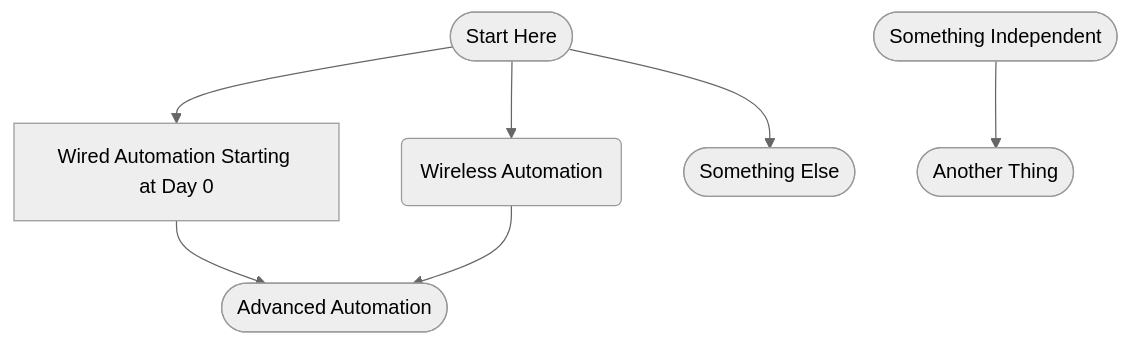
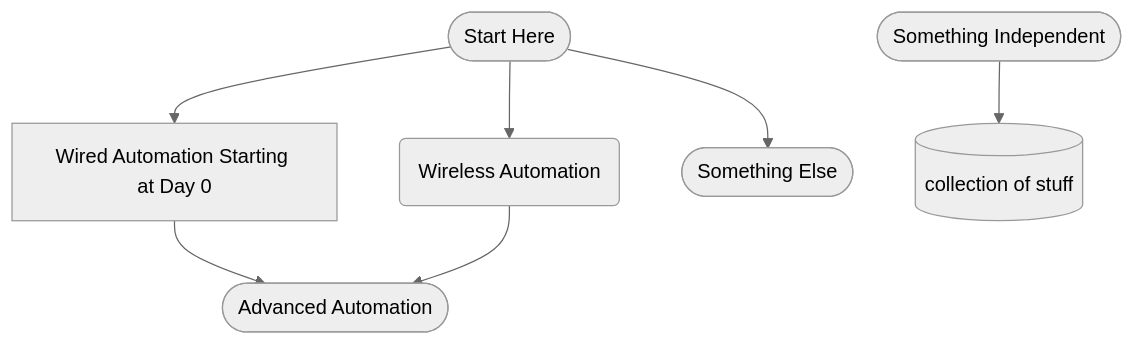
Before and after one commit to chanhale/toshare: the diagram in flowdiagram.md, drawn with Mermaid (neutral theme).

````diff
--- a/flowdiagram.md
+++ b/flowdiagram.md
@@ -3,16 +3,16 @@
 ```mermaid
 graph TD;
     box1([Start Here]);
     box2[Wired Automation Starting at Day 0];
     box3(Wireless Automation);
     box4([Something Else]);
     box5([Advanced Automation]);
     box6([Something Independent])
-    box7([Another Thing])
+    box7[(collection of stuff)]
     box1-->box2 & box3 & box4;
     box2 & box3 -->box5;
     box6-->box7;
     click box2 "https://github.com/kebaldwi/DNAC-TEMPLATES/tree/master/LABS/LAB-1-Wired-Automation" "wired";
     click box3 "https://github.com/kebaldwi/DNAC-TEMPLATES/tree/master/LABS/LAB-2-Wireless-Automation" "wireless";
     click box5 "https://github.com/kebaldwi/DNAC-TEMPLATES/tree/master/LABS/LAB-3-Advanced-Automation" "advanced";
 ```
````
